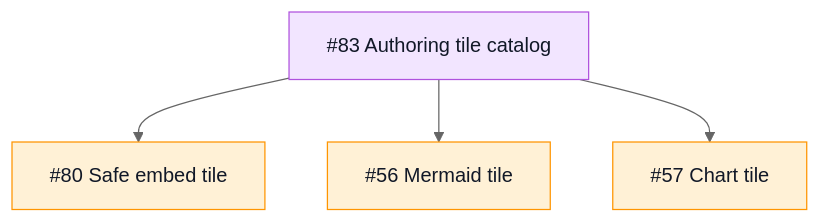
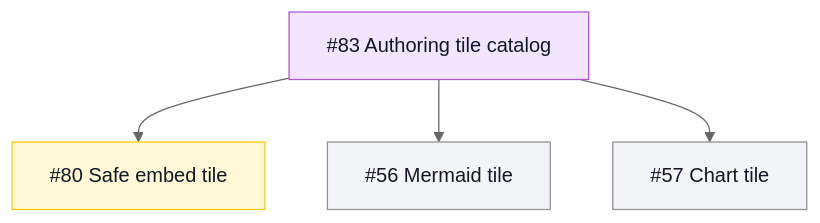
One commit to TileDown/tile-down changed the sixth of 9 diagrams in README.md. Above: the diagram before and after it, drawn with Mermaid (neutral theme). The commit also changed other lines of this file and 1 other file, not shown here.

````diff
--- a/README.md
+++ b/README.md
@@ -129,10 +137,11 @@
 ```mermaid
 flowchart TD
   Epic["#83 Authoring tile catalog"]:::epic
-  Epic --> Embed["#80 Safe embed tile"]:::todo
+  Epic --> Embed["#80 Safe embed tile"]:::review
   Epic --> Mermaid["#56 Mermaid tile"]:::todo
   Epic --> Charts["#57 Chart tile"]:::todo
 
+  classDef review fill:#fff7d6,stroke:#ffcc00,color:#111827
   classDef epic fill:#f2e5ff,stroke:#af52de,color:#111827
-  classDef todo fill:#fff1d6,stroke:#ff9500,color:#111827
+  classDef todo fill:#f2f4f7,stroke:#8e8e93,color:#111827
 ```
````
